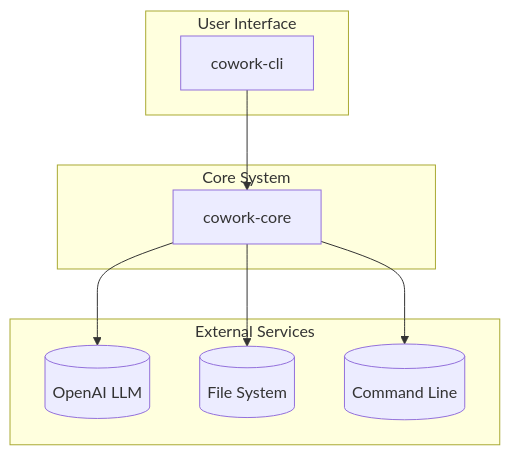
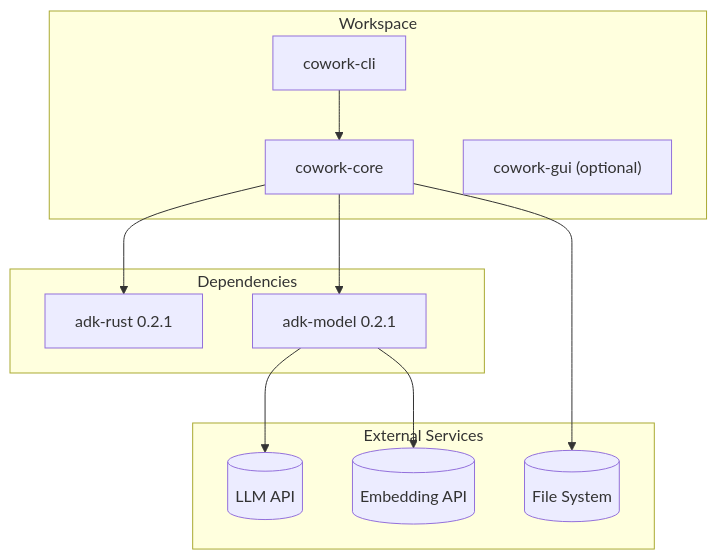
Before and after one commit to sopaco/cowork-forge: the third of 3 diagrams in README.md, drawn with Mermaid. The commit also changed other lines of this file and 1 other file, not shown here.

````diff
--- a/README.md
+++ b/README.md
@@ -439,23 +485,28 @@
 ```mermaid
 graph TD
-    subgraph "User Interface"
+    subgraph "Workspace"
         CLI["cowork-cli"]
+        CORE["cowork-core"]
+        GUI["cowork-gui (optional)"]
     end
 
-    subgraph "Core System"
-        Core["cowork-core"]
+    subgraph "Dependencies"
+        ADK["adk-rust 0.2.1"]
+        ADK_MODEL["adk-model 0.2.1"]
     end
     
     subgraph "External Services"
-        LLM[("OpenAI LLM")]
+        LLM[("LLM API")]
+        EMBEDDING[("Embedding API")]
         FS[("File System")]
-        CMD[("Command Line")]
     end
 
     %% Define Dependencies
-    CLI --> Core
+    CLI --> CORE
+    CORE --> ADK
+    CORE --> ADK_MODEL
     
-    Core --> LLM
-    Core --> FS
-    Core --> CMD
+    ADK_MODEL --> LLM
+    ADK_MODEL --> EMBEDDING
+    CORE --> FS
 ```
````
